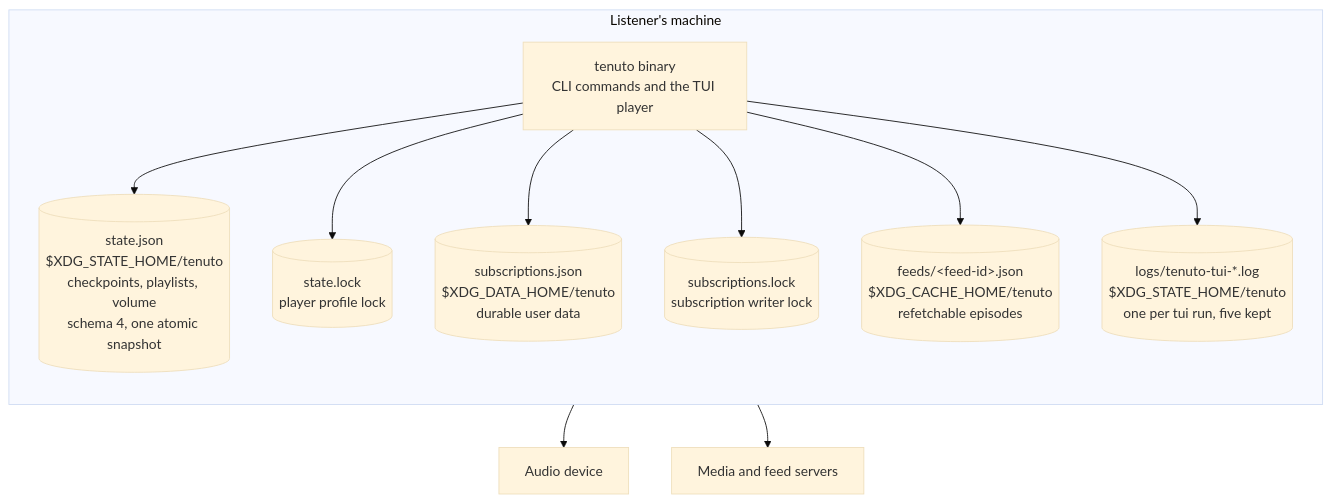
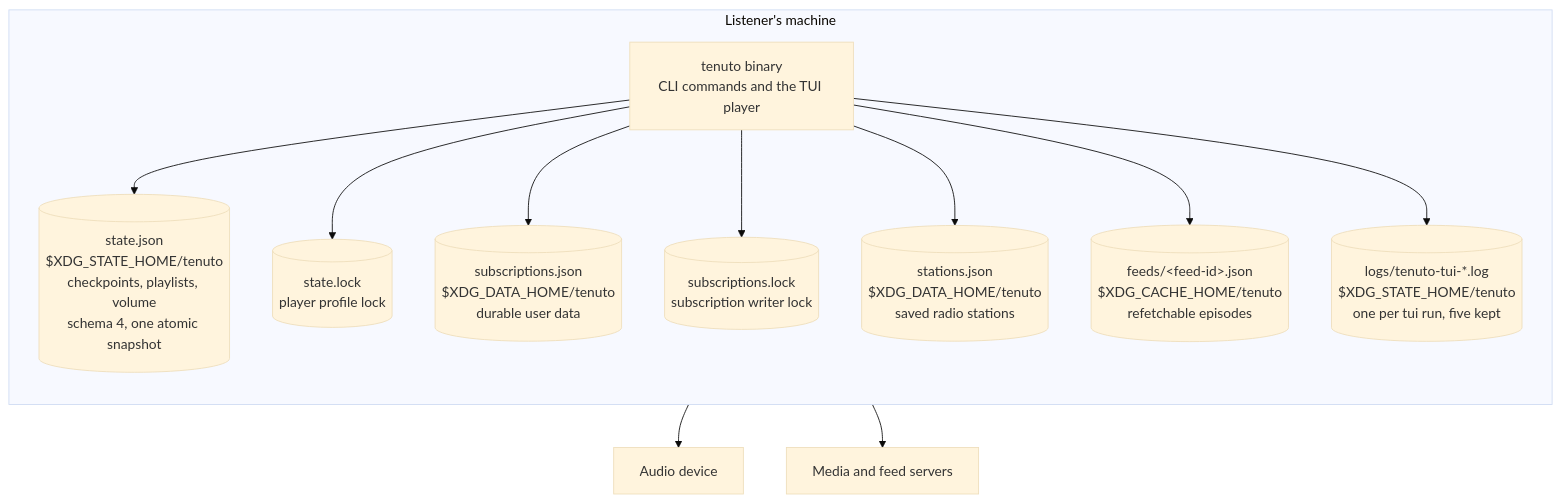
The second of 5 diagrams in docs/architecture.md (alvytsk/tenuto), drawn with Mermaid (base theme) before and after one commit. The commit also changed other lines of this file and 14 other files, not shown here.

````diff
--- a/docs/architecture.md
+++ b/docs/architecture.md
@@ -66,24 +66,26 @@
 ```mermaid
 flowchart TB
     subgraph host["Listener's machine"]
         direction TB
         bin["tenuto binary<br/>CLI commands and the TUI player"]
         state[("state.json<br/>$XDG_STATE_HOME/tenuto<br/>checkpoints, playlists, volume<br/>schema 4, one atomic snapshot")]
         lock[("state.lock<br/>player profile lock")]
         subs[("subscriptions.json<br/>$XDG_DATA_HOME/tenuto<br/>durable user data")]
         slock[("subscriptions.lock<br/>subscription writer lock")]
+        stations[("stations.json<br/>$XDG_DATA_HOME/tenuto<br/>saved radio stations")]
         cache[("feeds/&lt;feed-id&gt;.json<br/>$XDG_CACHE_HOME/tenuto<br/>refetchable episodes")]
         logs[("logs/tenuto-tui-*.log<br/>$XDG_STATE_HOME/tenuto<br/>one per tui run, five kept")]
     end
     device["Audio device"]
     net["Media and feed servers"]
 
     bin --> state
     bin --> lock
     bin --> subs
     bin --> slock
+    bin --> stations
     bin --> cache
     bin --> logs
     bin --> device
     bin --> net
 ```
````
